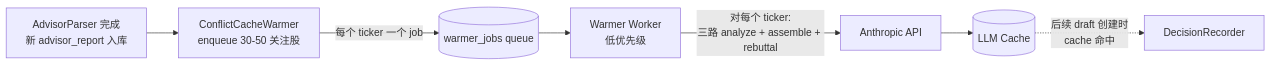
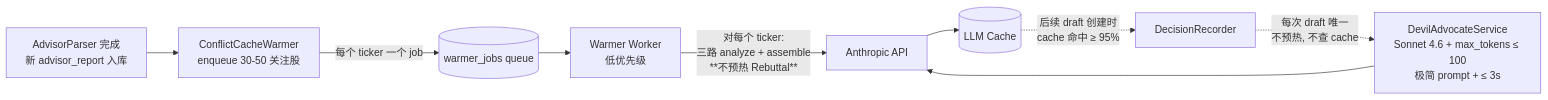
Before and after one commit to ttssp/ideababy_stroller: the fifth of 6 diagrams in specs/004-pB/architecture.md, drawn with Mermaid. The commit also changed other lines of this file and 26 other files, not shown here.

````diff
--- a/specs/004-pB/architecture.md
+++ b/specs/004-pB/architecture.md
@@ -548,9 +582,13 @@
 ```mermaid
 flowchart LR
     Parser[AdvisorParser 完成<br/>新 advisor_report 入库] --> Warm[ConflictCacheWarmer<br/>enqueue 30-50 关注股]
     Warm -->|每个 ticker 一个 job| WarmQ[(warmer_jobs queue)]
     WarmQ --> WW[Warmer Worker<br/>低优先级]
-    WW -->|对每个 ticker:<br/>三路 analyze + assemble + rebuttal| LLM[Anthropic API]
+    WW -->|对每个 ticker:<br/>三路 analyze + assemble<br/>**不预热 Rebuttal**| LLM[Anthropic API]
     LLM --> CACHE[(LLM Cache)]
-    CACHE -.->|后续 draft 创建时<br/>cache 命中| DR[DecisionRecorder]
+    CACHE -.->|后续 draft 创建时<br/>cache 命中 ≥ 95%| DR[DecisionRecorder]
+
+    %% R3: Rebuttal 走 fast-path, 不进 cache
+    DR -.->|每次 draft 唯一<br/>不预热, 不查 cache| FastDAS[DevilAdvocateService<br/>Sonnet 4.6 + max_tokens ≤ 100<br/>极简 prompt + ≤ 3s]
+    FastDAS --> LLM
 ```
````
